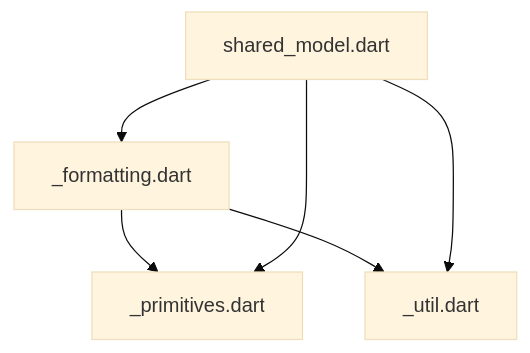
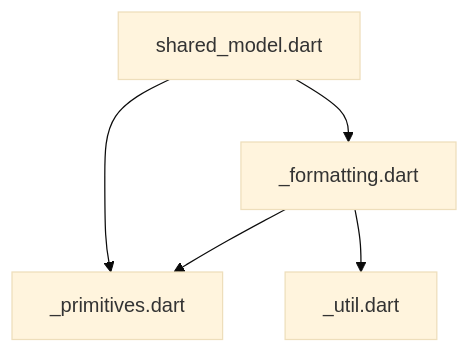
The diagram in pkgs/leak_tracker/lib/src/shared/DEPENDENCIES.md (dart-lang/leak_tracker), drawn with Mermaid (base theme) before and after one commit. The commit also changed 39 other files, not shown here.

````diff
--- a/pkgs/leak_tracker/lib/src/shared/DEPENDENCIES.md
+++ b/pkgs/leak_tracker/lib/src/shared/DEPENDENCIES.md
@@ -6,8 +6,7 @@
 ```mermaid
 flowchart TD;
 _formatting.dart-->_primitives.dart;
 _formatting.dart-->_util.dart;
 shared_model.dart-->_formatting.dart;
 shared_model.dart-->_primitives.dart;
-shared_model.dart-->_util.dart;
 ```
````
